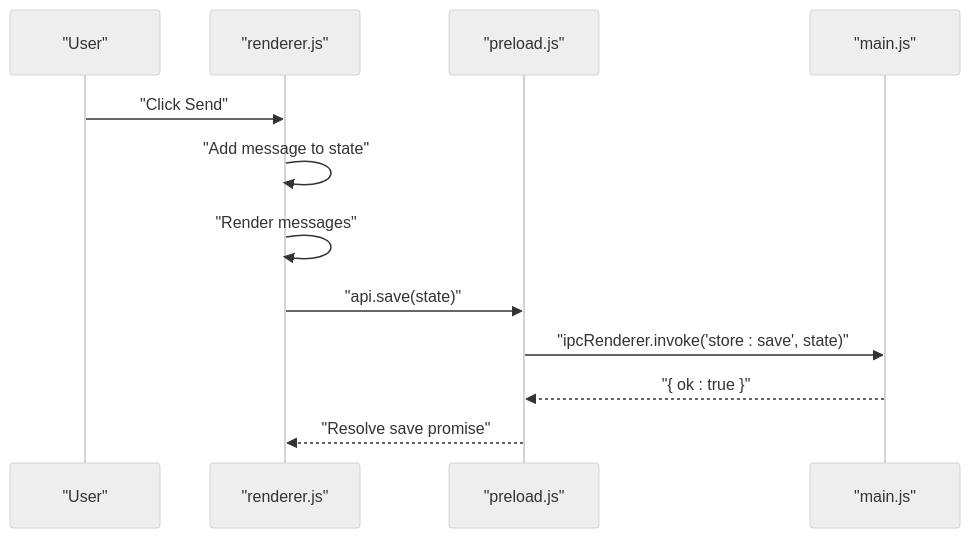
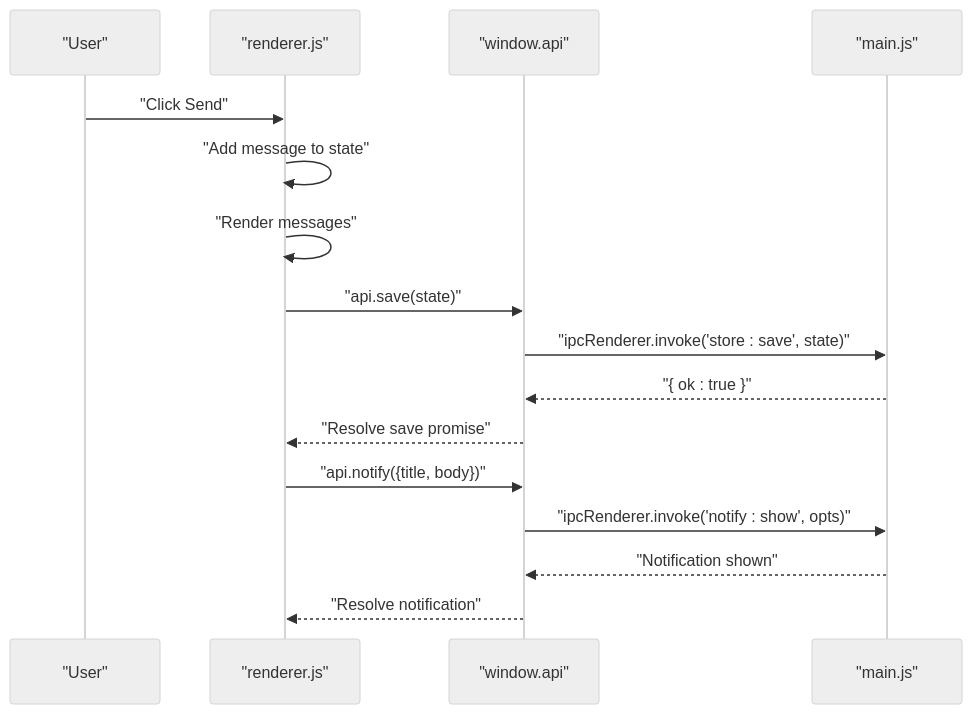
The fifth of 7 diagrams in .qoder/repowiki/en/content/Architecture Overview.md (Annguyen0410/Personal-Messenger-Like-Storage-), drawn with Mermaid (neutral theme) before and after one commit. The commit also changed other lines of this file and 19 other files, not shown here.

````diff
--- a/.qoder/repowiki/en/content/Architecture Overview.md
+++ b/.qoder/repowiki/en/content/Architecture Overview.md
@@ -221,14 +282,18 @@
 ```mermaid
 sequenceDiagram
 participant U as "User"
 participant R as "renderer.js"
-participant B as "preload.js"
+participant A as "window.api"
 participant M as "main.js"
 U->>R : "Click Send"
 R->>R : "Add message to state"
 R->>R : "Render messages"
-R->>B : "api.save(state)"
-B->>M : "ipcRenderer.invoke('store : save', state)"
-M-->>B : "{ ok : true }"
-B-->>R : "Resolve save promise"
+R->>A : "api.save(state)"
+A->>M : "ipcRenderer.invoke('store : save', state)"
+M-->>A : "{ ok : true }"
+A-->>R : "Resolve save promise"
+R->>A : "api.notify({title, body})"
+A->>M : "ipcRenderer.invoke('notify : show', opts)"
+M-->>A : "Notification shown"
+A-->>R : "Resolve notification"
 ```
````
